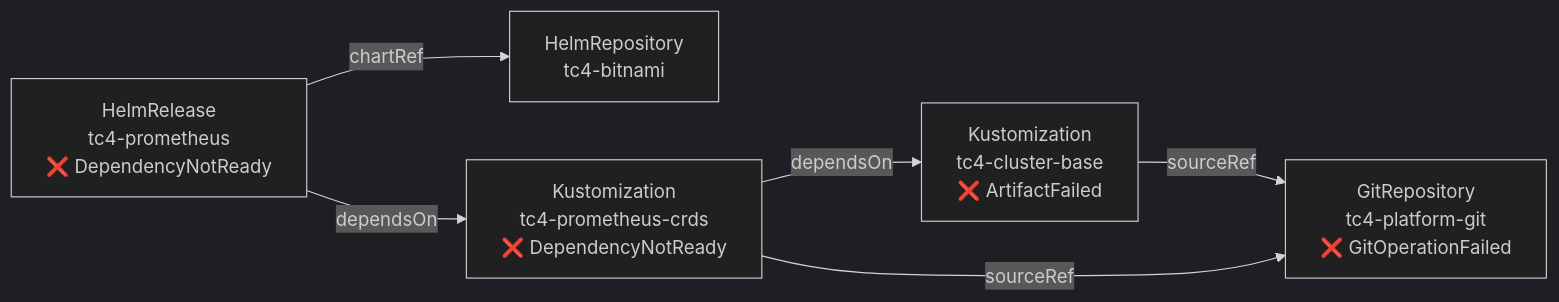
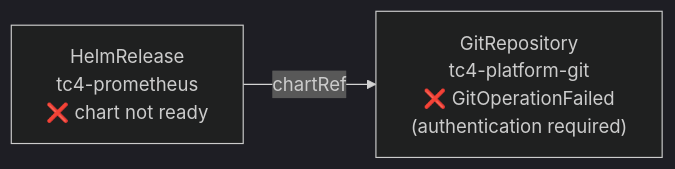
Before and after one commit to lukaross368/flux-snapshot: the fourth of 6 diagrams in docs/test-cases.md, drawn with Mermaid (dark theme). The commit also changed other lines of this file and 8 other files, not shown here.

````diff
--- a/docs/test-cases.md
+++ b/docs/test-cases.md
@@ -253,14 +262,7 @@
 ```mermaid
 graph LR
-    GR["GitRepository\ntc4-platform-git\n❌ GitOperationFailed"]
-    HREPO["HelmRepository\ntc4-bitnami"]
-    BASE["Kustomization\ntc4-cluster-base\n❌ ArtifactFailed"]
-    OPS["Kustomization\ntc4-prometheus-crds\n❌ DependencyNotReady"]
-    APP["HelmRelease\ntc4-prometheus\n❌ DependencyNotReady"]
+    GR["GitRepository\ntc4-platform-git\n❌ GitOperationFailed\n(authentication required)"]
+    APP["HelmRelease\ntc4-prometheus\n❌ chart not ready"]
 
-    BASE -->|sourceRef| GR
-    OPS -->|sourceRef| GR
-    OPS -->|dependsOn| BASE
-    APP -->|dependsOn| OPS
-    APP -->|chartRef| HREPO
+    APP -->|chartRef| GR
 ```
````
